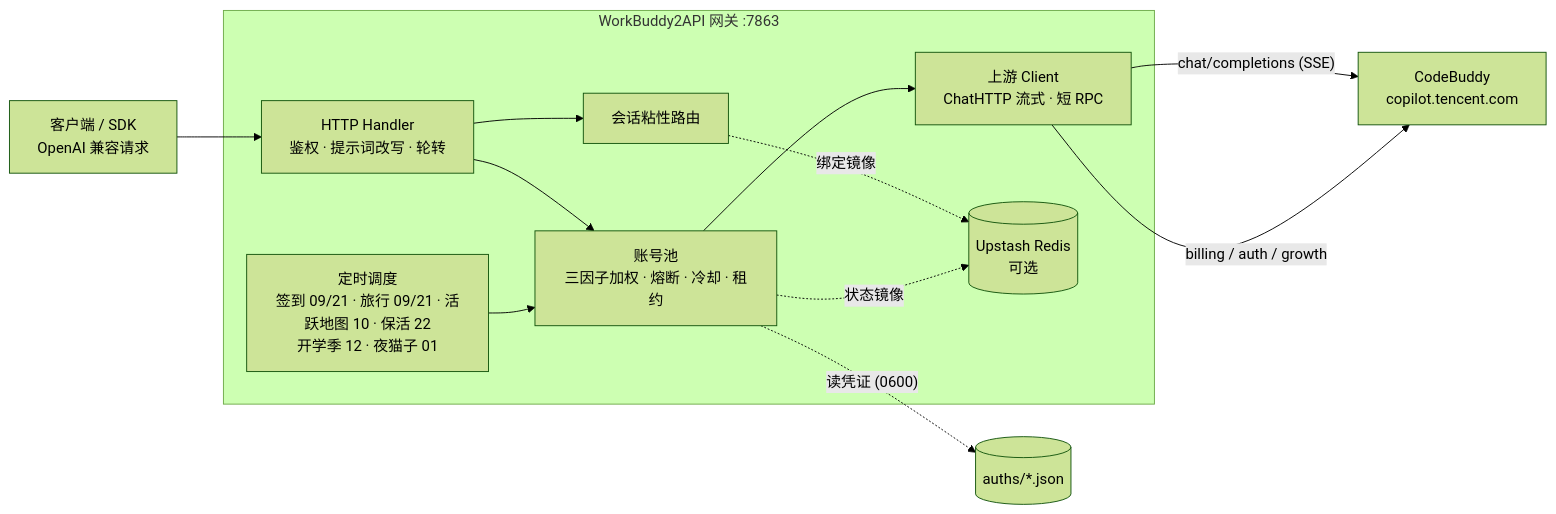
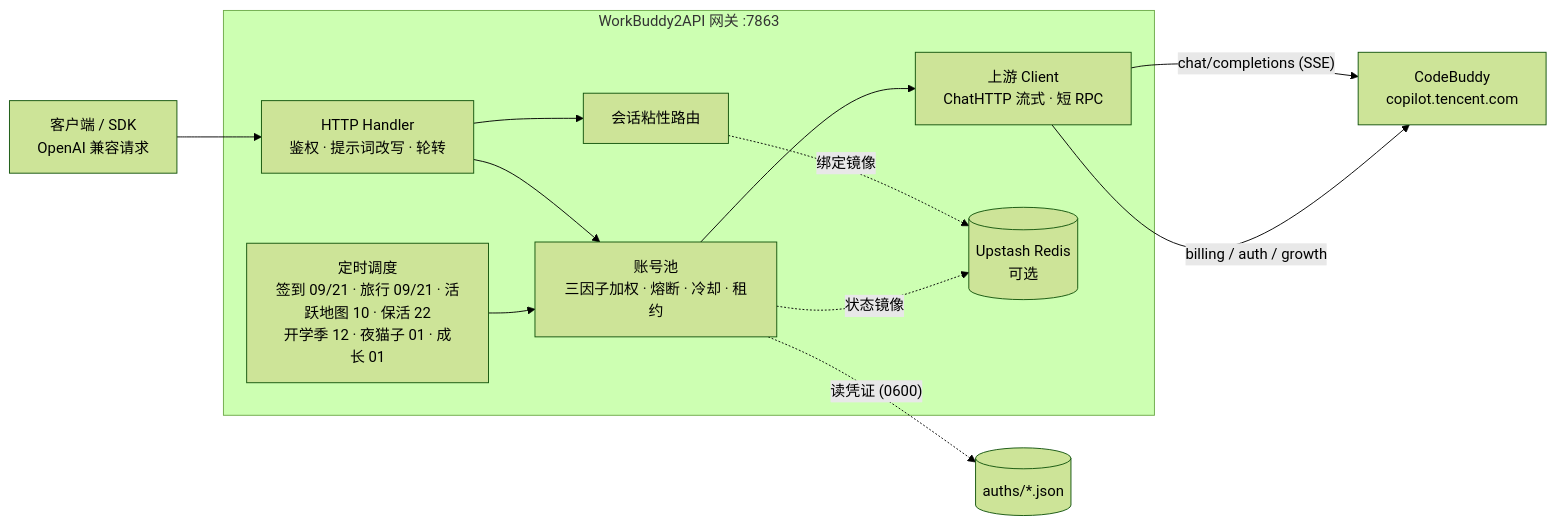
One commit to MFrank2016/workbuddy2api changed the diagram in README.md. Above: the diagram before and after it, drawn with Mermaid (forest theme). The commit also changed other lines of this file and 4 other files, not shown here.

````diff
--- a/README.md
+++ b/README.md
@@ -181,18 +186,18 @@
 ```mermaid
 flowchart LR
     Client["客户端 / SDK\nOpenAI 兼容请求"] --> H
 
     subgraph GWI["WorkBuddy2API 网关 :7863"]
         H["HTTP Handler\n鉴权 · 提示词改写 · 轮转"] --> P
         H --> S
         P["账号池\n三因子加权 · 熔断 · 冷却 · 租约"] --> U
         S["会话粘性路由"] -.绑定镜像.-> REDIS
-        T["定时调度\n签到 09/21 · 旅行 09/21 · 活跃地图 10 · 保活 22\n开学季 12 · 夜猫子 01"] --> P
+        T["定时调度\n签到 09/21 · 旅行 09/21 · 活跃地图 10 · 保活 22\n开学季 12 · 夜猫子 01 · 成长 01"] --> P
         U["上游 Client\nChatHTTP 流式 · 短 RPC"]
     end
 
     P -. "读凭证 (0600)" .-> AUTH[("auths/*.json")]
     P -. "状态镜像" .-> REDIS[("Upstash Redis\n可选")]
     U -->|"chat/completions (SSE)"| CB["CodeBuddy\ncopilot.tencent.com"]
     U -->|"billing / auth / growth"| CB
 ```
````
